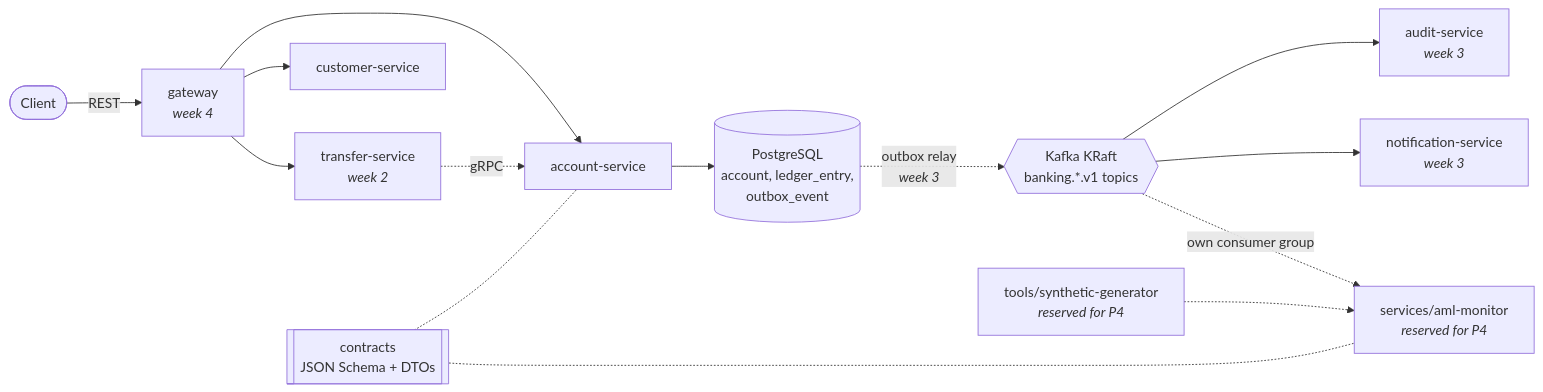
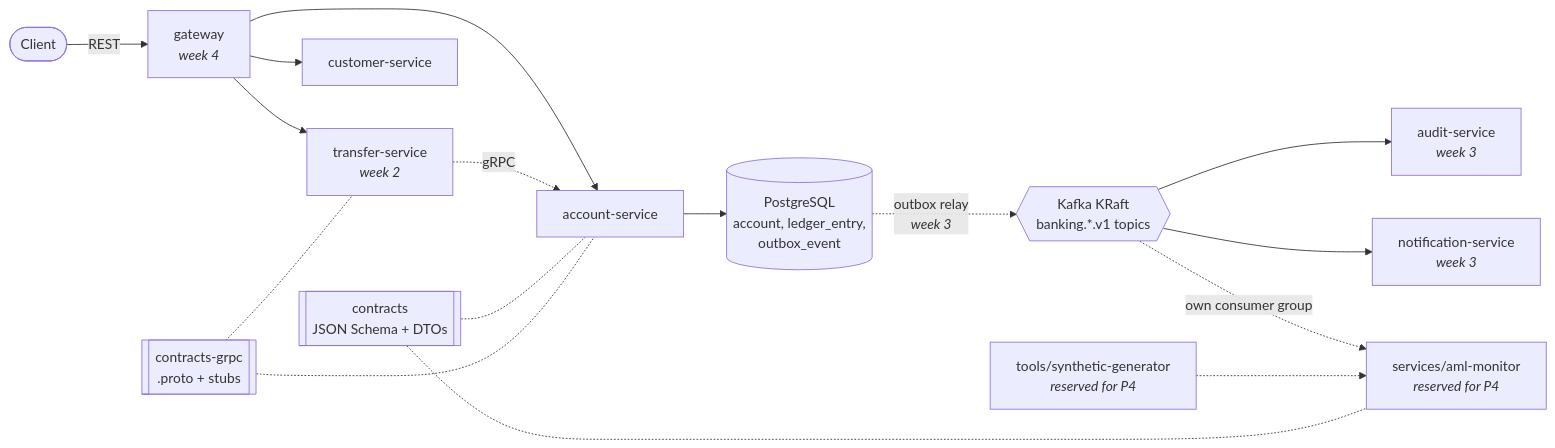
The diagram in README.md (EgeOzdemirr/corebank-lite), drawn with Mermaid before and after one commit. The commit also changed other lines of this file and 54 other files, not shown here.

````diff
--- a/README.md
+++ b/README.md
@@ -17,19 +17,21 @@
 ```mermaid
 flowchart LR
     client([Client]) -->|REST| gateway[gateway<br/><i>week 4</i>]
     gateway --> account[account-service]
     gateway --> transfer[transfer-service<br/><i>week 2</i>]
     gateway --> customer[customer-service]
     transfer -. gRPC .-> account
 
     account --> accountDb[(PostgreSQL<br/>account, ledger_entry,<br/>outbox_event)]
     accountDb -. outbox relay<br/><i>week 3</i> .-> kafka{{Kafka KRaft<br/>banking.*.v1 topics}}
 
     kafka --> audit[audit-service<br/><i>week 3</i>]
     kafka --> notification[notification-service<br/><i>week 3</i>]
     kafka -. own consumer group .-> aml[services/aml-monitor<br/><i>reserved for P4</i>]
     generator[tools/synthetic-generator<br/><i>reserved for P4</i>] -.-> aml
 
     contracts[[contracts<br/>JSON Schema + DTOs]] -.- account
     contracts -.- aml
+    grpcContracts[[contracts-grpc<br/>.proto + stubs]] -.- account
+    grpcContracts -.- transfer
 ```
````
